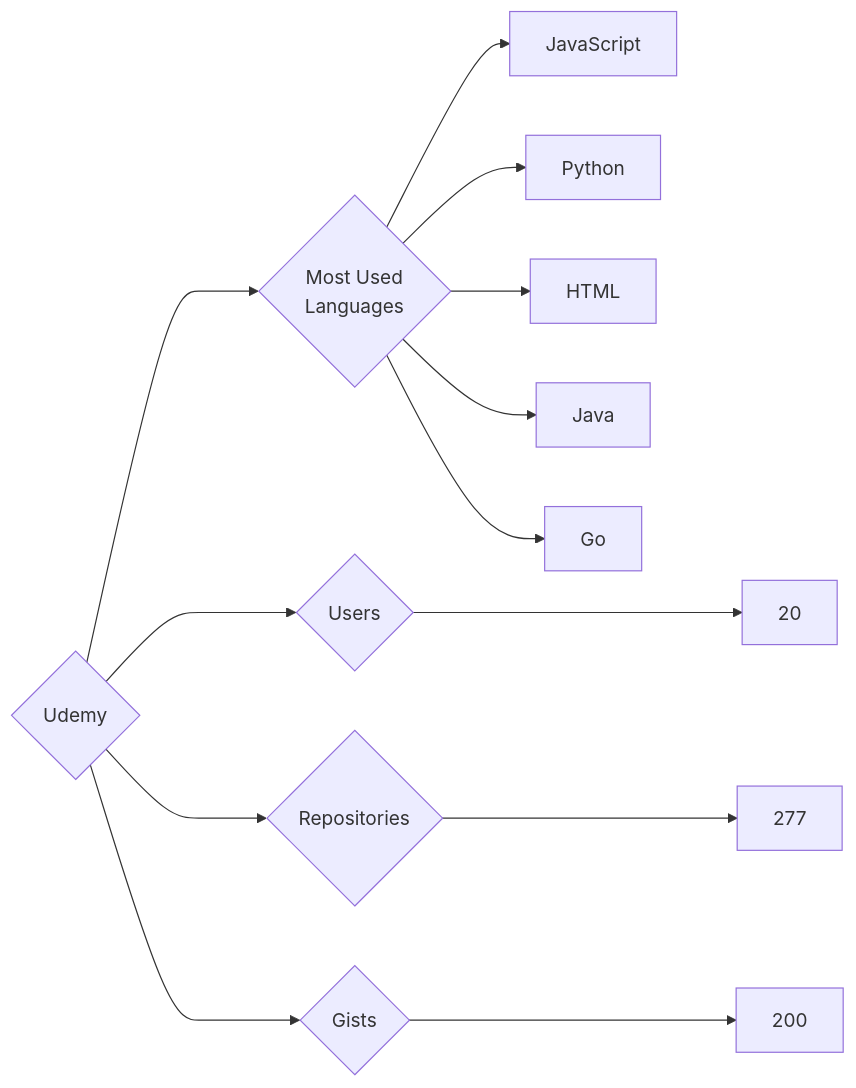
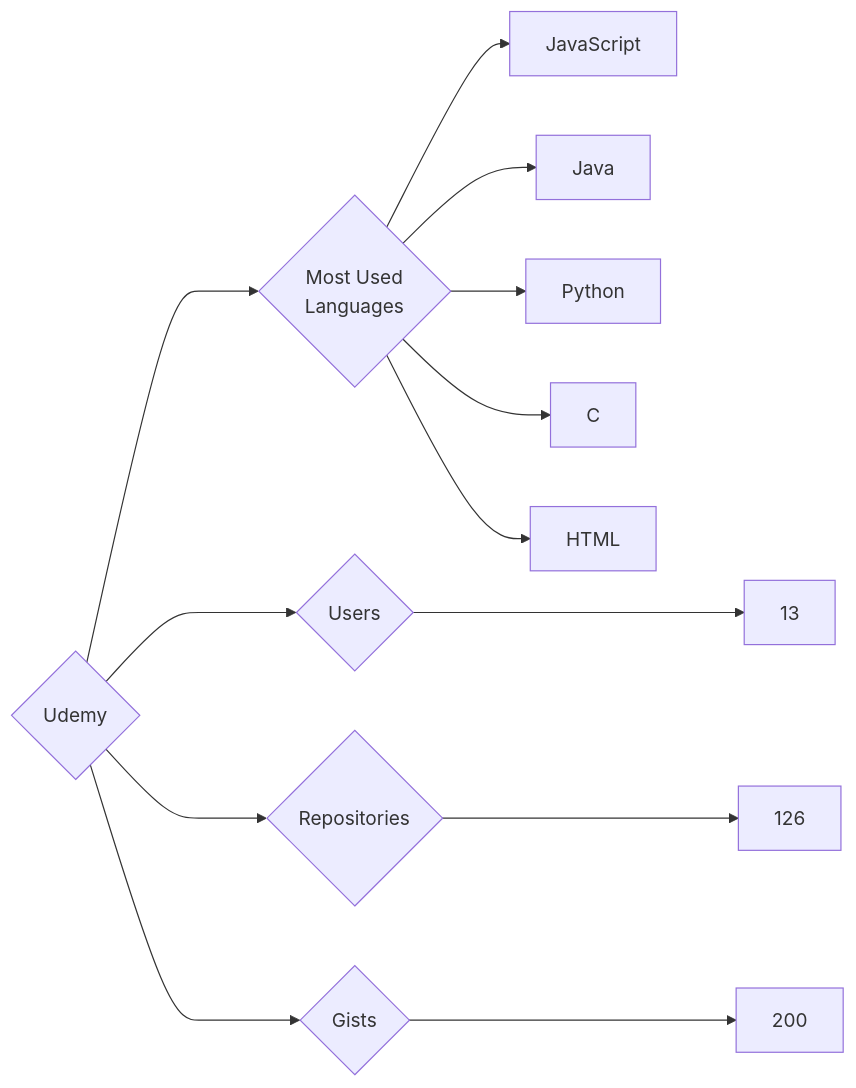
The diagram in targets/Udemy/README.md (trickest/insiders), drawn with Mermaid before and after one commit. The commit also changed 1248 other files, not shown here.

````diff
--- a/targets/Udemy/README.md
+++ b/targets/Udemy/README.md
@@ -3,13 +3,13 @@
 ```mermaid
 graph LR
 COMPANY_NAME{Udemy}
-COMPANY_NAME ---> U{Users} ---> UN[20]
-COMPANY_NAME ---> R{Repositories} ---> RN[277]
+COMPANY_NAME ---> U{Users} ---> UN[13]
+COMPANY_NAME ---> R{Repositories} ---> RN[126]
 COMPANY_NAME ---> G{Gists} ---> GN[200]
 COMPANY_NAME ---> ML{Most Used<br>Languages}
 ML --> JavaScript[JavaScript]
+ML --> Java[Java]
 ML --> Python[Python]
+ML --> C[C]
 ML --> HTML[HTML]
-ML --> Java[Java]
-ML --> Go[Go]
 ```
````
